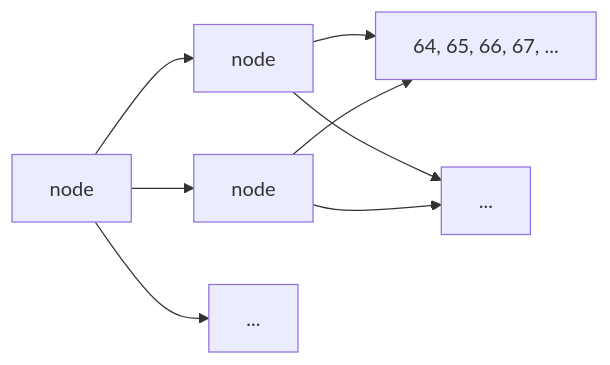
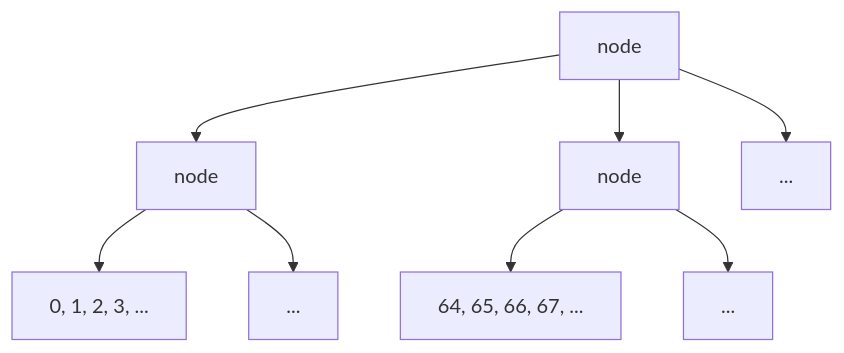
One commit to raviqqe/doc changed the diagram in slides/stak/vector/radix-tree.mmd. Above: the diagram before and after it, drawn with Mermaid.

```diff
--- a/slides/stak/vector/radix-tree.mmd
+++ b/slides/stak/vector/radix-tree.mmd
@@ -1,8 +1,8 @@
-flowchart LR
+flowchart TB
   n1[node] --> n2[node]
   n1 --> n3[node]
   n1 --> n4[...]
   n2 --> n5[0, 1, 2, 3, ...]
   n2 --> n6[...]
-  n3 --> n5[64, 65, 66, 67, ...]
-  n3 --> n6[...]
+  n3 --> n7[64, 65, 66, 67, ...]
+  n3 --> n8[...]
```
